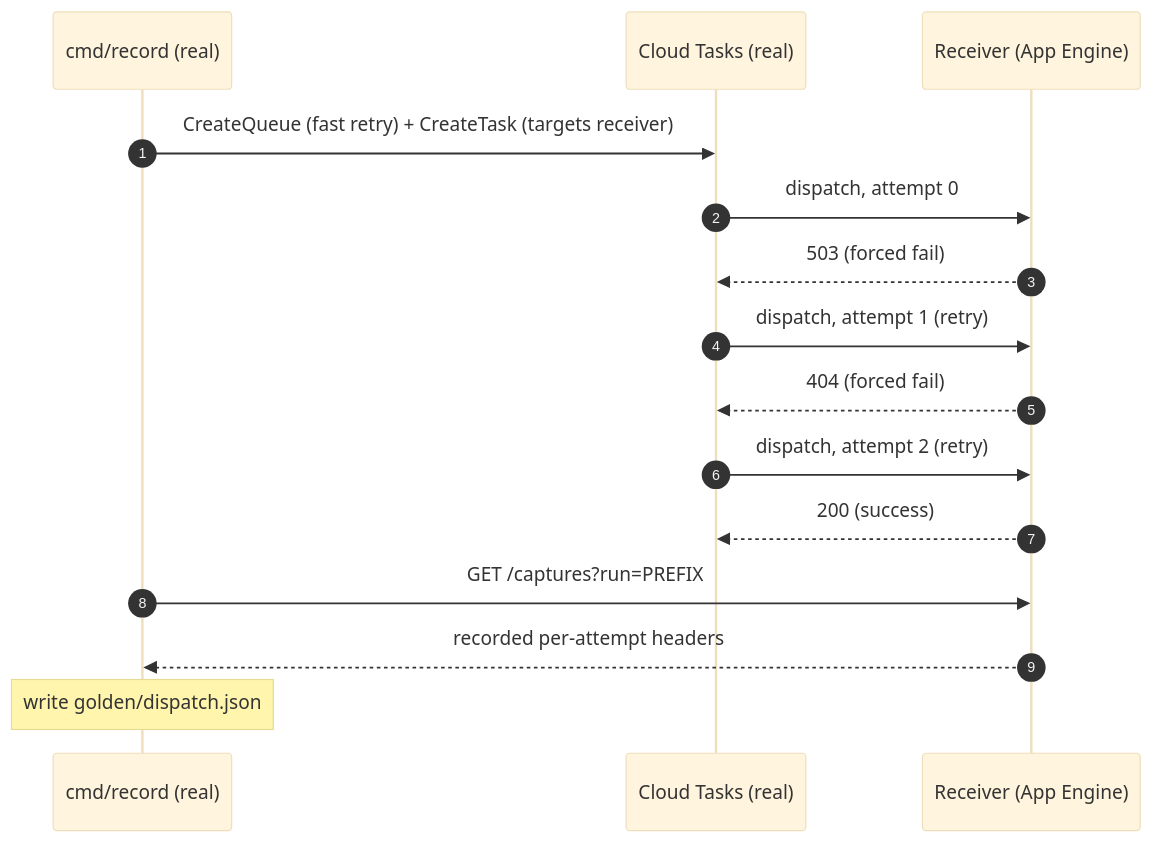
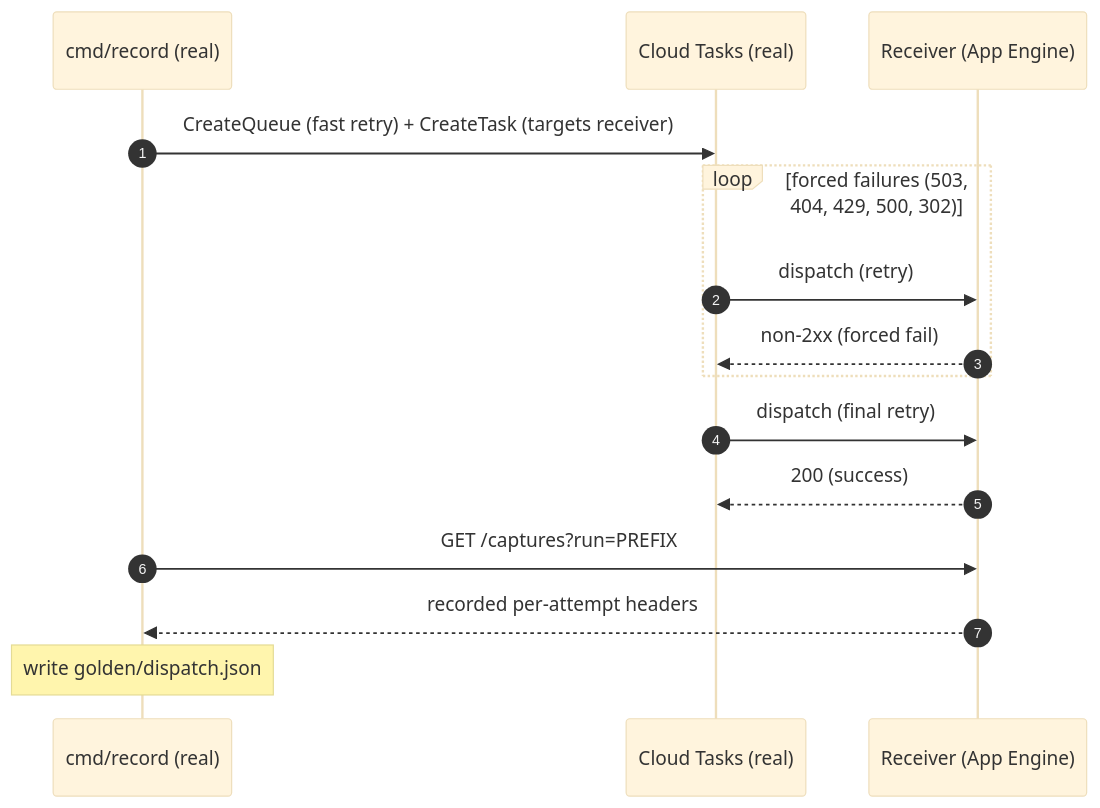
One commit to aertje/cloud-tasks-emulator changed the first of 2 diagrams in conformance/README.md. Above: the diagram before and after it, drawn with Mermaid (base theme). The commit also changed other lines of this file and 6 other files, not shown here.

First line of the commit message:
Extend dispatch battery to more statuses and timeouts; match on retry reasons

````diff
--- a/conformance/README.md
+++ b/conformance/README.md
@@ -169,17 +175,17 @@
 ```mermaid
 sequenceDiagram
     autonumber
     participant REC as cmd/record (real)
     participant CT as Cloud Tasks (real)
     participant RCV as Receiver (App Engine)
     REC->>CT: CreateQueue (fast retry) + CreateTask (targets receiver)
-    CT->>RCV: dispatch, attempt 0
-    RCV-->>CT: 503 (forced fail)
-    CT->>RCV: dispatch, attempt 1 (retry)
-    RCV-->>CT: 404 (forced fail)
-    CT->>RCV: dispatch, attempt 2 (retry)
+    loop forced failures (503, 404, 429, 500, 302)
+        CT->>RCV: dispatch (retry)
+        RCV-->>CT: non-2xx (forced fail)
+    end
+    CT->>RCV: dispatch (final retry)
     RCV-->>CT: 200 (success)
     REC->>RCV: GET /captures?run=PREFIX
     RCV-->>REC: recorded per-attempt headers
     Note over REC: write golden/dispatch.json
 ```
````
